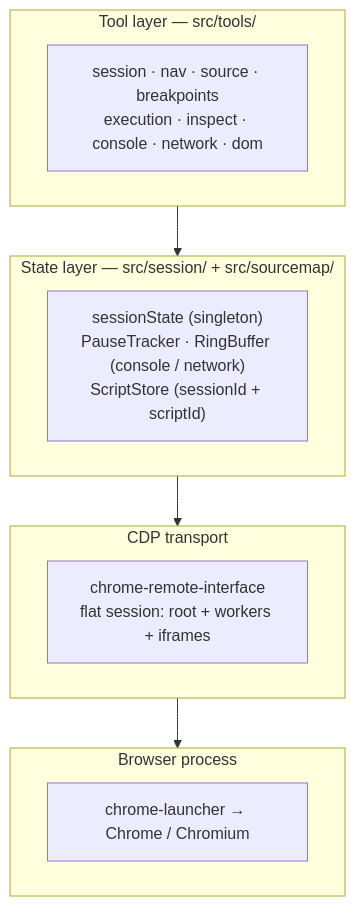
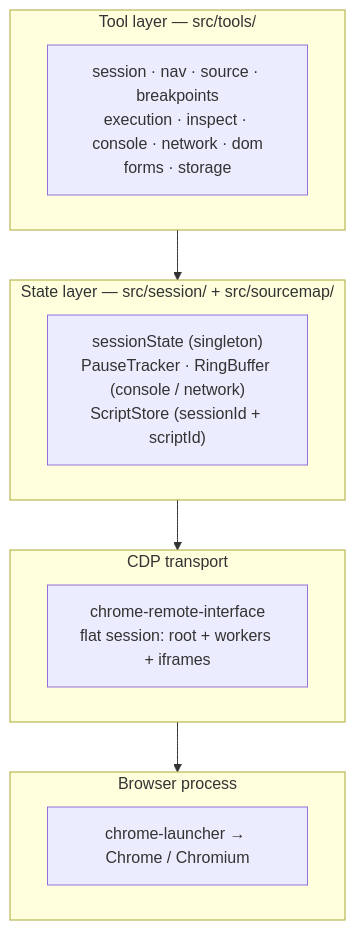
One commit to lcjanke2020/lynceus changed the second of 6 diagrams in docs/ARCHITECTURE.md. Above: the diagram before and after it, drawn with Mermaid. The commit also changed other lines of this file and 7 other files, not shown here.

````diff
--- a/docs/ARCHITECTURE.md
+++ b/docs/ARCHITECTURE.md
@@ -47,16 +47,16 @@
 ```mermaid
 flowchart TB
     subgraph T["Tool layer — src/tools/"]
-        TT["session · nav · source · breakpoints<br/>execution · inspect · console · network · dom"]
+        TT["session · nav · source · breakpoints<br/>execution · inspect · console · network · dom<br/>forms · storage"]
     end
     subgraph S["State layer — src/session/ + src/sourcemap/"]
         SS["sessionState (singleton)<br/>PauseTracker · RingBuffer (console / network)<br/>ScriptStore (sessionId + scriptId)"]
     end
     subgraph C["CDP transport"]
         CC["chrome-remote-interface<br/>flat session: root + workers + iframes"]
     end
     subgraph B["Browser process"]
         BB["chrome-launcher → Chrome / Chromium"]
     end
     T --> S --> C --> B
 ```
````
